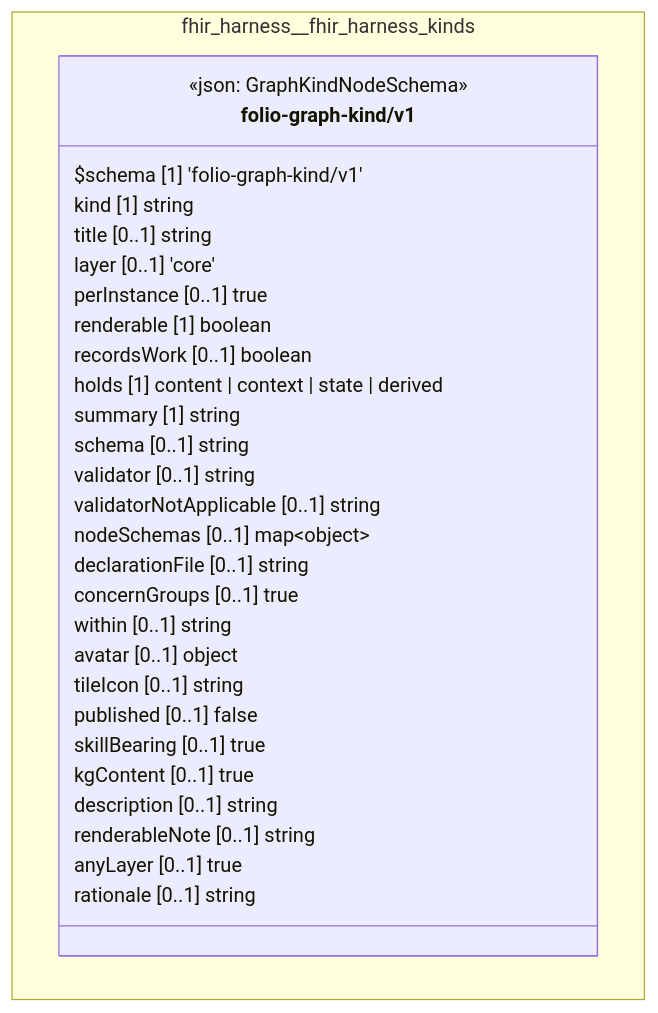
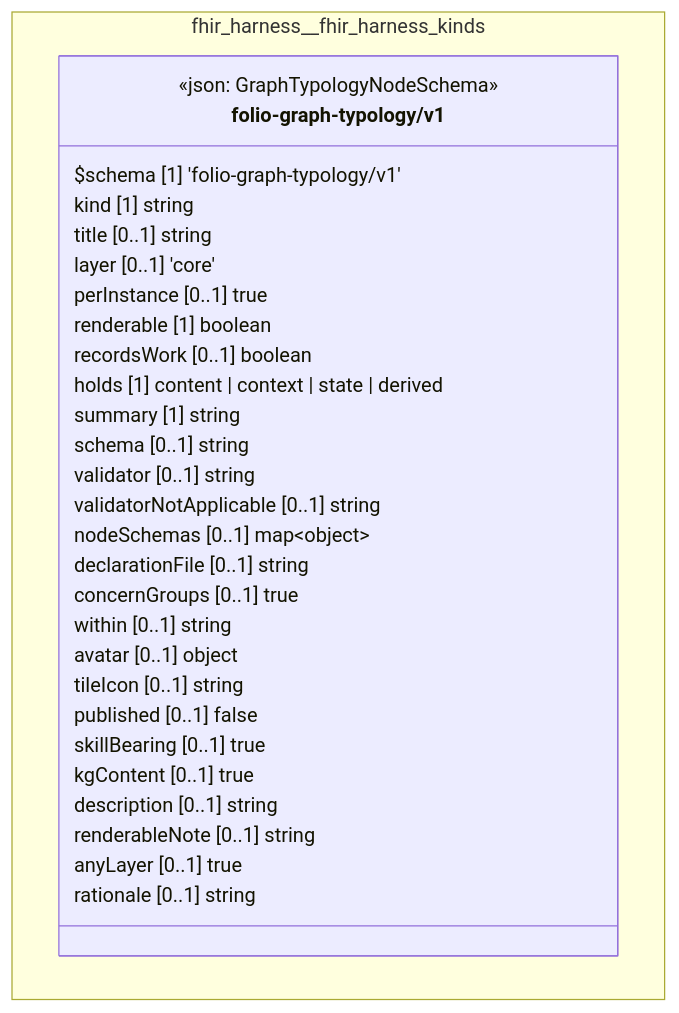
One commit to litlfred/folio-assistant changed the diagram in cat-harness/docs/uml/overview/fhir-harness/fhir-harness-kinds.md. Above: the diagram before and after it, drawn with Mermaid. The commit also changed other lines of this file and 1369 other files, not shown here.

First line of the commit message:
Rename "graph kind" to "graph typology", everywhere, no alias (#2200)

````diff
--- a/cat-harness/docs/uml/overview/fhir-harness/fhir-harness-kinds.md
+++ b/cat-harness/docs/uml/overview/fhir-harness/fhir-harness-kinds.md
@@ -42,35 +42,35 @@
 ```mermaid
 classDiagram
   direction TB
   namespace fhir_harness__fhir_harness_kinds {
-    class fhir_harness_fhir_harness_kinds_folio_graph_kind_v1_folio_graph_kind_v1["folio-graph-kind/v1"] {
-      <<json: GraphKindNodeSchema>>
-      $schema [1] 'folio-graph-kind/v1'
+    class fhir_harness_fhir_harness_kinds_folio_graph_typology_v1_folio_graph_typology_v1["folio-graph-typology/v1"] {
+      <<json: GraphTypologyNodeSchema>>
+      $schema [1] 'folio-graph-typology/v1'
       kind [1] string
       title [0..1] string
       layer [0..1] 'core'
       perInstance [0..1] true
       renderable [1] boolean
       recordsWork [0..1] boolean
       holds [1] content | context | state | derived
       summary [1] string
       schema [0..1] string
       validator [0..1] string
       validatorNotApplicable [0..1] string
       nodeSchemas [0..1] map~object~
       declarationFile [0..1] string
       concernGroups [0..1] true
       within [0..1] string
       avatar [0..1] object
       tileIcon [0..1] string
       published [0..1] false
       skillBearing [0..1] true
       kgContent [0..1] true
       description [0..1] string
       renderableNote [0..1] string
       anyLayer [0..1] true
       rationale [0..1] string
     }
   }
-  cssClass "fhir_harness_fhir_harness_kinds_folio_graph_kind_v1_folio_graph_kind_v1" fa_uml_kind_kinds
+  cssClass "fhir_harness_fhir_harness_kinds_folio_graph_typology_v1_folio_graph_typology_v1" fa_uml_kind_kinds
 ```
````
